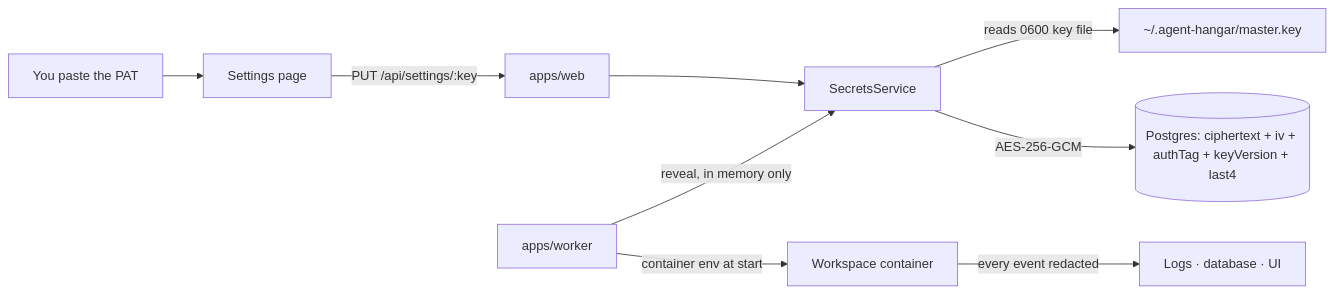
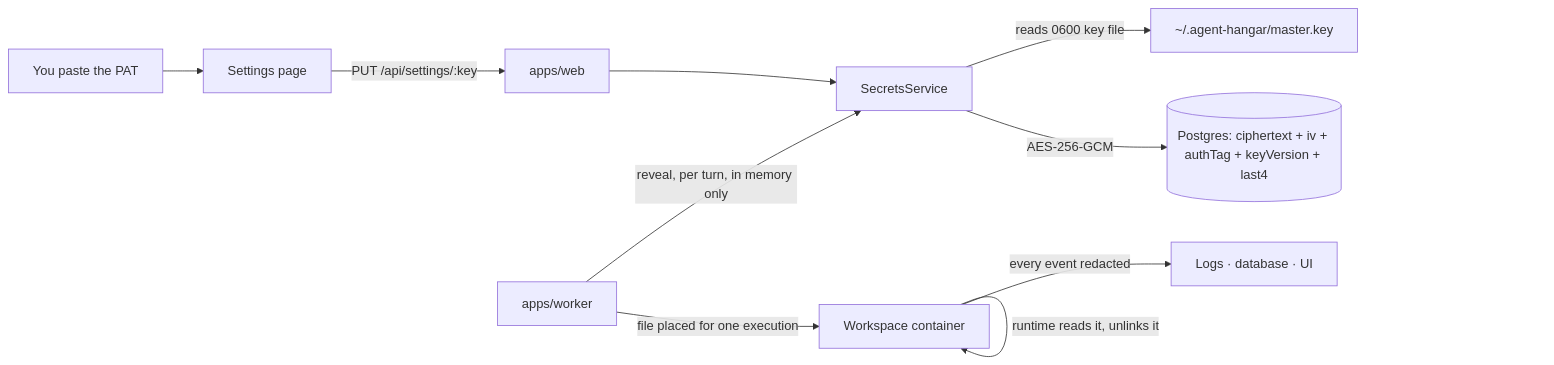
The second of 2 diagrams in README.md (msalvatti/agent-hangar), drawn with Mermaid before and after one commit. The commit also changed other lines of this file and 103 other files, not shown here.

````diff
--- a/README.md
+++ b/README.md
@@ -359,11 +370,12 @@
 ```mermaid
 flowchart LR
   U[You paste the PAT] --> UI[Settings page]
   UI -->|"PUT /api/settings/:key"| WEB[apps/web]
   WEB --> S[SecretsService]
   S -->|reads 0600 key file| K[~/.agent-hangar/master.key]
   S -->|AES-256-GCM| PG[(Postgres: ciphertext + iv + authTag + keyVersion + last4)]
-  W[apps/worker] -->|reveal, in memory only| S
-  W -->|container env at start| C[Workspace container]
+  W[apps/worker] -->|reveal, per turn, in memory only| S
+  W -->|"file placed for one execution"| C[Workspace container]
+  C -->|"runtime reads it, unlinks it"| C
   C -->|"every event redacted"| L[Logs · database · UI]
 ```
````
